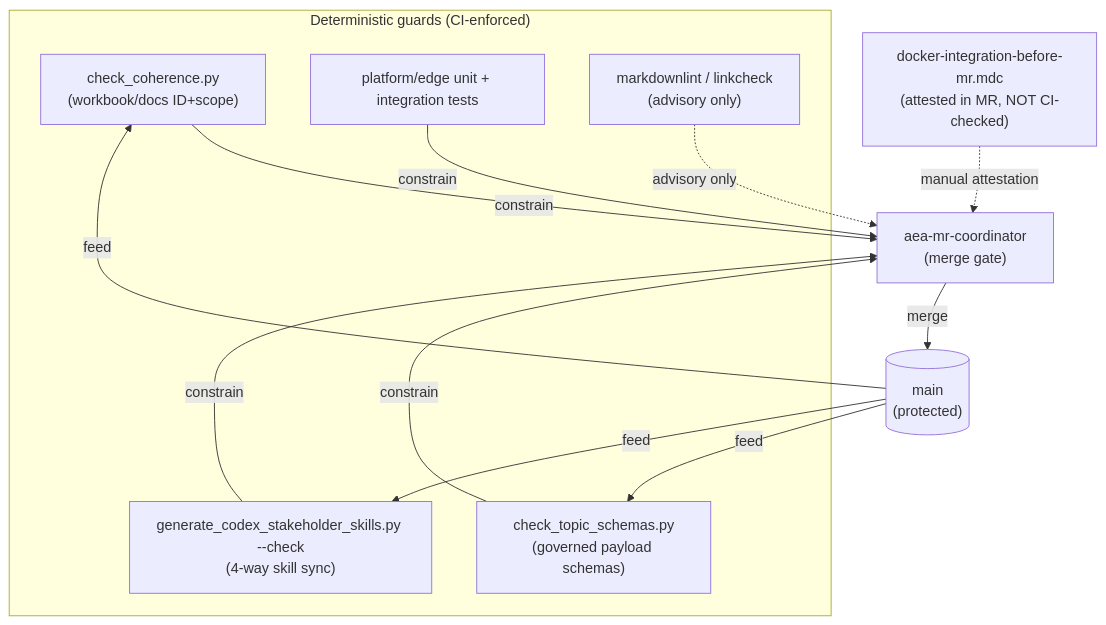
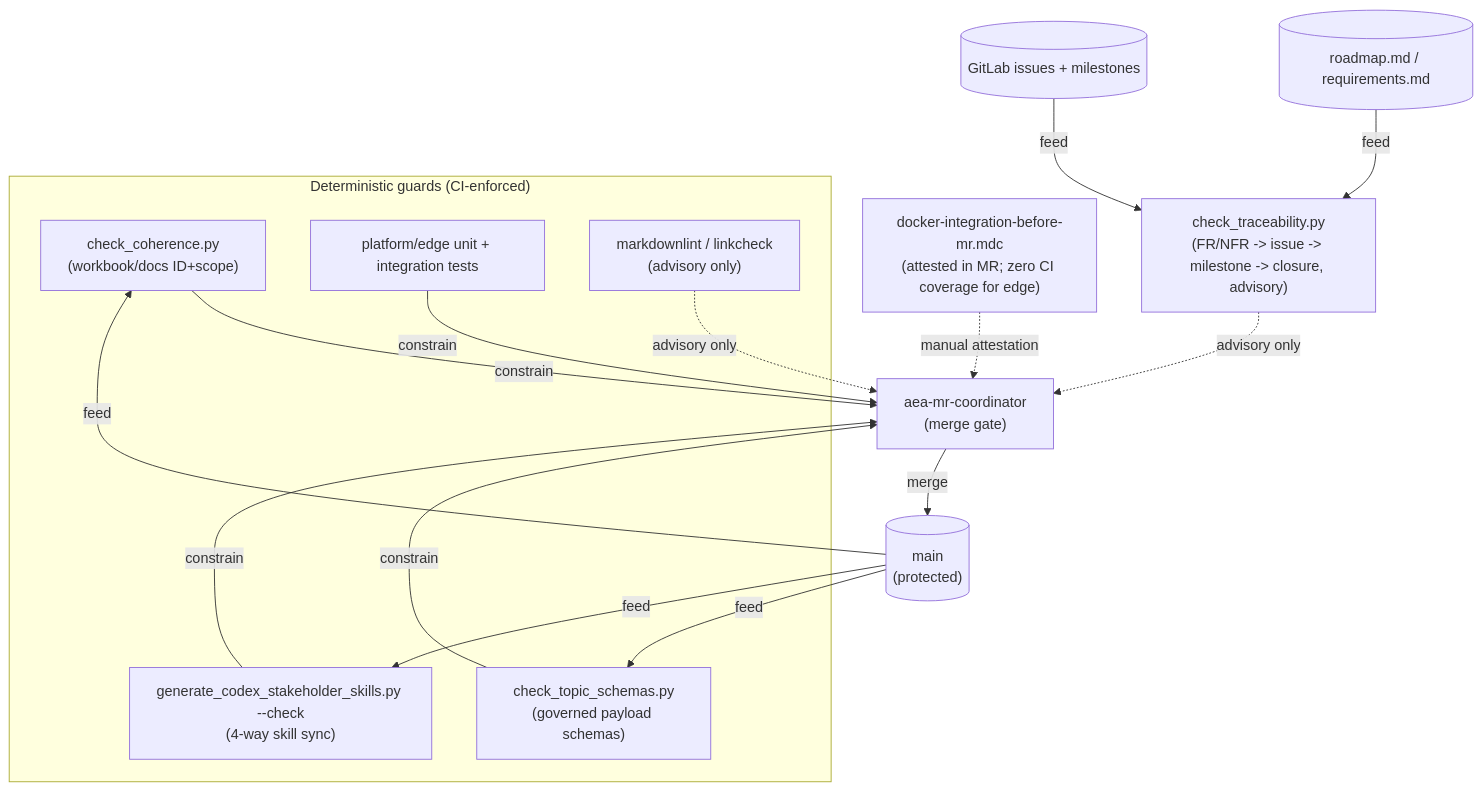
The first of 3 diagrams in research/loop-graph.md (artofdream/adaptive-experience), drawn with Mermaid before and after one commit. The commit also changed other lines of this file and 2 other files, not shown here.

````diff
--- a/research/loop-graph.md
+++ b/research/loop-graph.md
@@ -48,25 +48,31 @@
 ```mermaid
 flowchart TD
     subgraph guards["Deterministic guards (CI-enforced)"]
         CC["check_coherence.py<br/>(workbook/docs ID+scope)"]
         TS["check_topic_schemas.py<br/>(governed payload schemas)"]
         SS["generate_codex_stakeholder_skills.py --check<br/>(4-way skill sync)"]
         PU["platform/edge unit + integration tests"]
         LINT["markdownlint / linkcheck<br/>(advisory only)"]
     end
 
-    DOCKER["docker-integration-before-mr.mdc<br/>(attested in MR, NOT CI-checked)"]
+    TRACE["check_traceability.py<br/>(FR/NFR -> issue -> milestone -> closure, advisory)"]
+    DOCKER["docker-integration-before-mr.mdc<br/>(attested in MR; zero CI coverage for edge)"]
     MRC["aea-mr-coordinator<br/>(merge gate)"]
     MAIN[("main<br/>(protected)")]
+    ROADMAP[("roadmap.md / requirements.md")]
+    ISSUES[("GitLab issues + milestones")]
 
     CC -- constrain --> MRC
     TS -- constrain --> MRC
     SS -- constrain --> MRC
     PU -- constrain --> MRC
     LINT -. advisory only .-> MRC
     DOCKER -. manual attestation .-> MRC
+    ROADMAP -- feed --> TRACE
+    ISSUES -- feed --> TRACE
+    TRACE -. advisory only .-> MRC
     MRC -- merge --> MAIN
     MAIN -- feed --> CC
     MAIN -- feed --> TS
     MAIN -- feed --> SS
 ```
````
